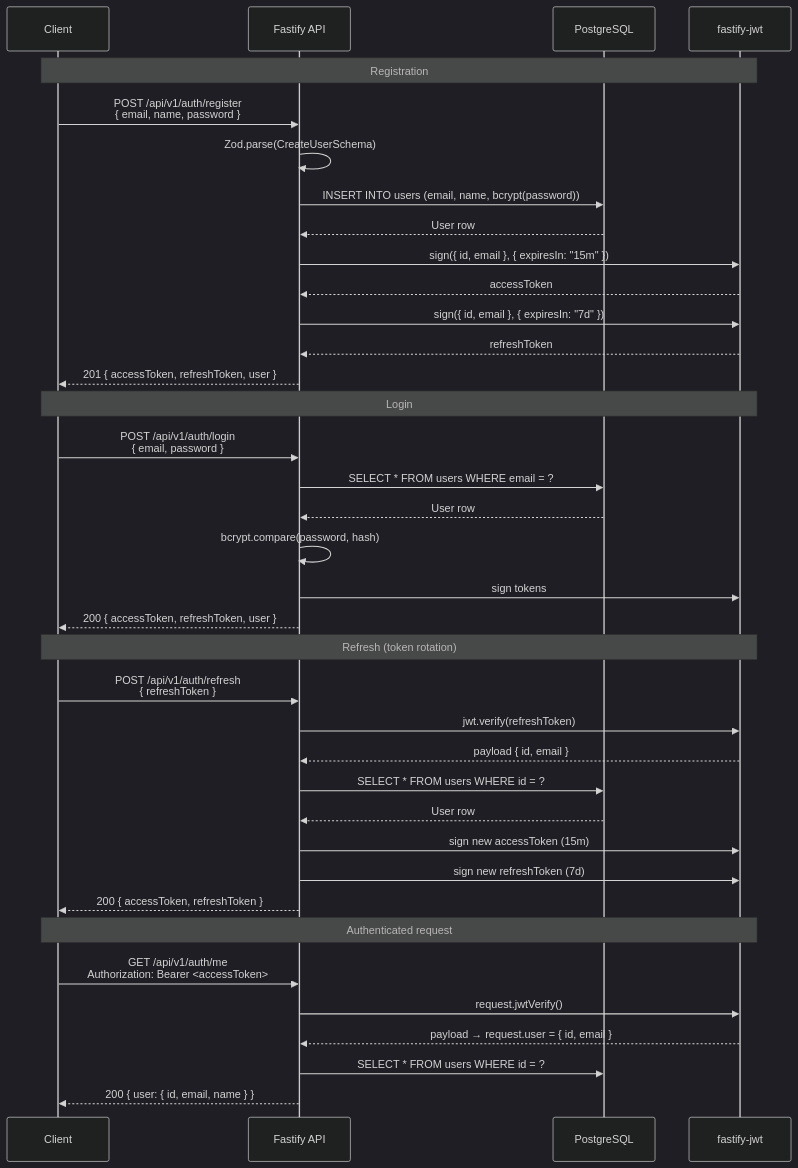
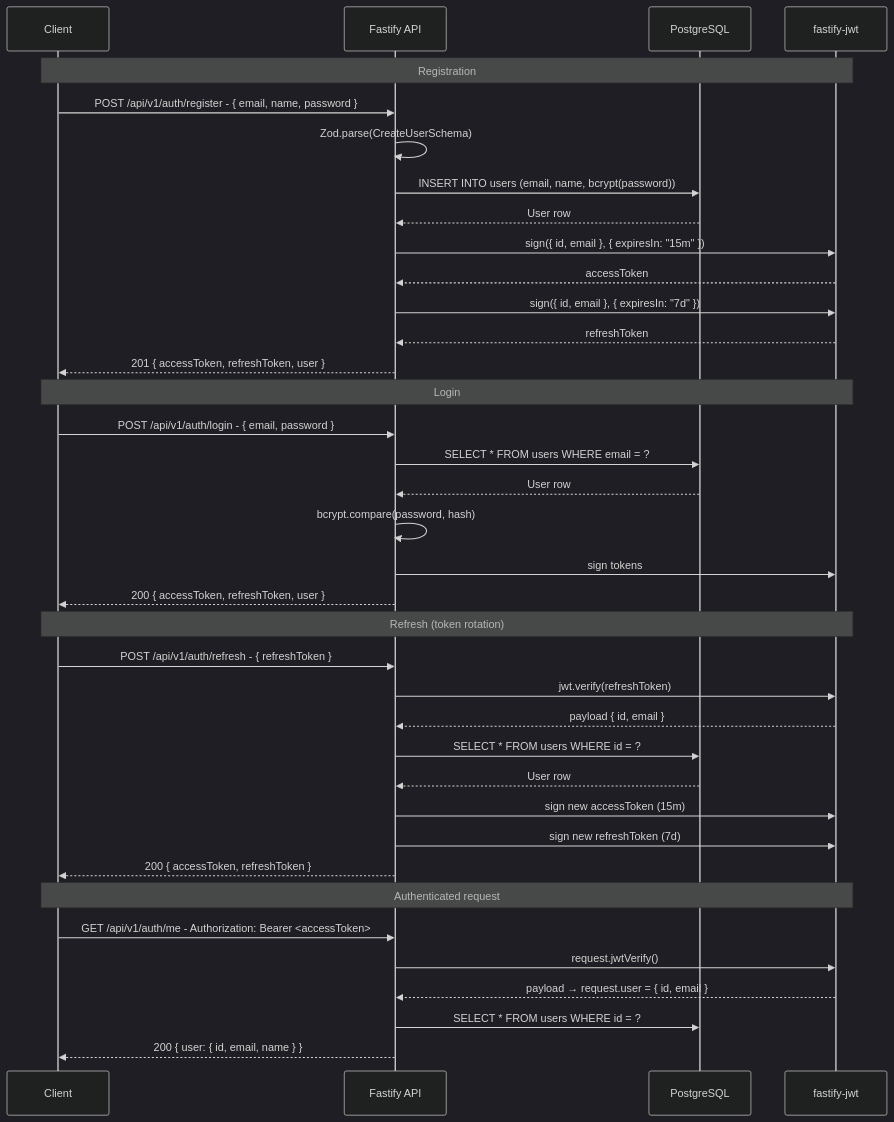
The fourth of 7 diagrams in docs/LLD.md (ayush-jadaun/i18n), drawn with Mermaid (dark theme) before and after one commit. The commit also changed other lines of this file and 1 other file, not shown here.

Commit message:
fix: repair Mermaid diagrams in HLD and LLD for GitHub rendering

````diff
--- a/docs/LLD.md
+++ b/docs/LLD.md
@@ -557,43 +557,43 @@
 ```mermaid
 sequenceDiagram
     participant C as Client
     participant API as Fastify API
     participant DB as PostgreSQL
     participant JWT as fastify-jwt
 
     note over C,JWT: Registration
-    C->>API: POST /api/v1/auth/register<br/>{ email, name, password }
+    C->>API: POST /api/v1/auth/register - { email, name, password }
     API->>API: Zod.parse(CreateUserSchema)
     API->>DB: INSERT INTO users (email, name, bcrypt(password))
     DB-->>API: User row
     API->>JWT: sign({ id, email }, { expiresIn: "15m" })
     JWT-->>API: accessToken
     API->>JWT: sign({ id, email }, { expiresIn: "7d" })
     JWT-->>API: refreshToken
     API-->>C: 201 { accessToken, refreshToken, user }
 
     note over C,JWT: Login
-    C->>API: POST /api/v1/auth/login<br/>{ email, password }
+    C->>API: POST /api/v1/auth/login - { email, password }
     API->>DB: SELECT * FROM users WHERE email = ?
     DB-->>API: User row
     API->>API: bcrypt.compare(password, hash)
     API->>JWT: sign tokens
     API-->>C: 200 { accessToken, refreshToken, user }
 
     note over C,JWT: Refresh (token rotation)
-    C->>API: POST /api/v1/auth/refresh<br/>{ refreshToken }
+    C->>API: POST /api/v1/auth/refresh - { refreshToken }
     API->>JWT: jwt.verify(refreshToken)
     JWT-->>API: payload { id, email }
     API->>DB: SELECT * FROM users WHERE id = ?
     DB-->>API: User row
     API->>JWT: sign new accessToken (15m)
     API->>JWT: sign new refreshToken (7d)
     API-->>C: 200 { accessToken, refreshToken }
 
     note over C,JWT: Authenticated request
-    C->>API: GET /api/v1/auth/me<br/>Authorization: Bearer <accessToken>
+    C->>API: GET /api/v1/auth/me - Authorization: Bearer <accessToken>
     API->>JWT: request.jwtVerify()
     JWT-->>API: payload → request.user = { id, email }
     API->>DB: SELECT * FROM users WHERE id = ?
     API-->>C: 200 { user: { id, email, name } }
 ```
````
